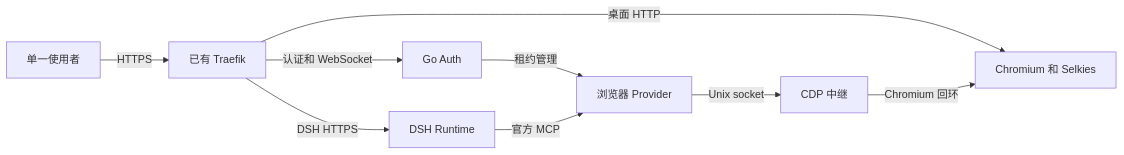
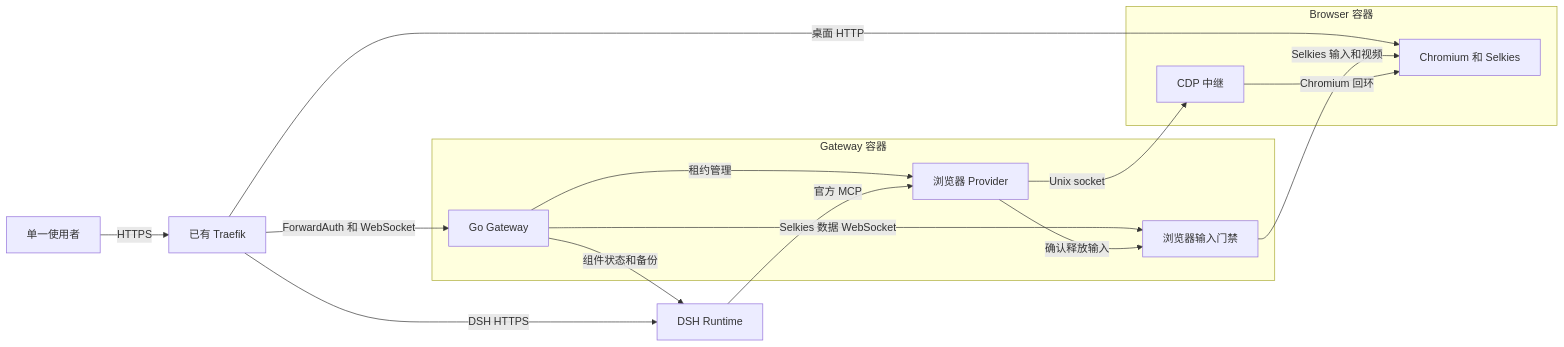
One commit to sagehou/dsh-workstation changed the diagram in docs/ARCHITECTURE.zh-CN.md. Above: the diagram before and after it, drawn with Mermaid. The commit also changed other lines of this file and 80 other files, not shown here.

````diff
--- a/docs/ARCHITECTURE.zh-CN.md
+++ b/docs/ARCHITECTURE.zh-CN.md
@@ -26,11 +29,24 @@
 ```mermaid
 flowchart LR
+    subgraph GatewayContainer["Gateway 容器"]
+        Gateway["Go Gateway"]
+        Provider["浏览器 Provider"]
+        Gate["浏览器输入门禁"]
+    end
+    subgraph BrowserContainer["Browser 容器"]
+        Browser["Chromium 和 Selkies"]
+        Relay["CDP 中继"]
+    end
     Person["单一使用者"] -->|"HTTPS"| Edge["已有 Traefik"]
-    Edge -->|"认证和 WebSocket"| Auth["Go Auth"]
+    Edge -->|"ForwardAuth 和 WebSocket"| Gateway
     Edge -->|"DSH HTTPS"| DSH["DSH Runtime"]
-    Edge -->|"桌面 HTTP"| Browser["Chromium 和 Selkies"]
-    Auth -->|"租约管理"| Provider["浏览器 Provider"]
+    Edge -->|"桌面 HTTP"| Browser
+    Gateway -->|"租约管理"| Provider
+    Gateway -->|"组件状态和备份"| DSH
+    Gateway -->|"Selkies 数据 WebSocket"| Gate
+    Gate -->|"Selkies 输入和视频"| Browser
+    Provider -->|"确认释放输入"| Gate
     DSH -->|"官方 MCP"| Provider
-    Provider -->|"Unix socket"| Relay["CDP 中继"]
+    Provider -->|"Unix socket"| Relay
     Relay -->|"Chromium 回环"| Browser
 ```
````
